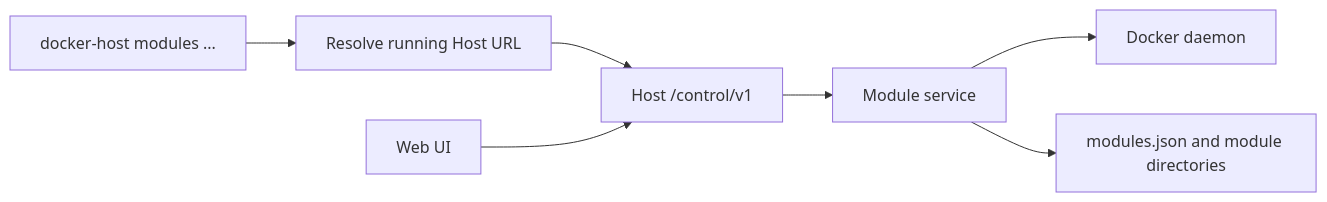
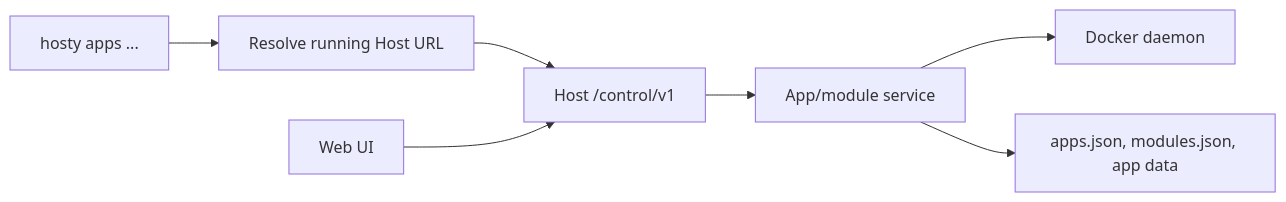
One commit to alex-de-haas/docker-host changed the first of 4 diagrams in docs/features/cli-module-commands.md. Above: the diagram before and after it, drawn with Mermaid. The commit also changed other lines of this file and 77 other files, not shown here.

Commit message:
Introduce Hosty app platform compatibility layer

````diff
--- a/docs/features/cli-module-commands.md
+++ b/docs/features/cli-module-commands.md
@@ -11,9 +11,9 @@
 ```mermaid
 flowchart LR
-  A["docker-host modules ..."] --> B["Resolve running Host URL"]
+  A["hosty apps ..."] --> B["Resolve running Host URL"]
   B --> C["Host /control/v1"]
-  C --> D["Module service"]
+  C --> D["App/module service"]
   D --> E["Docker daemon"]
-  D --> F["modules.json and module directories"]
+  D --> F["apps.json, modules.json, app data"]
   G["Web UI"] --> C
 ```
````
